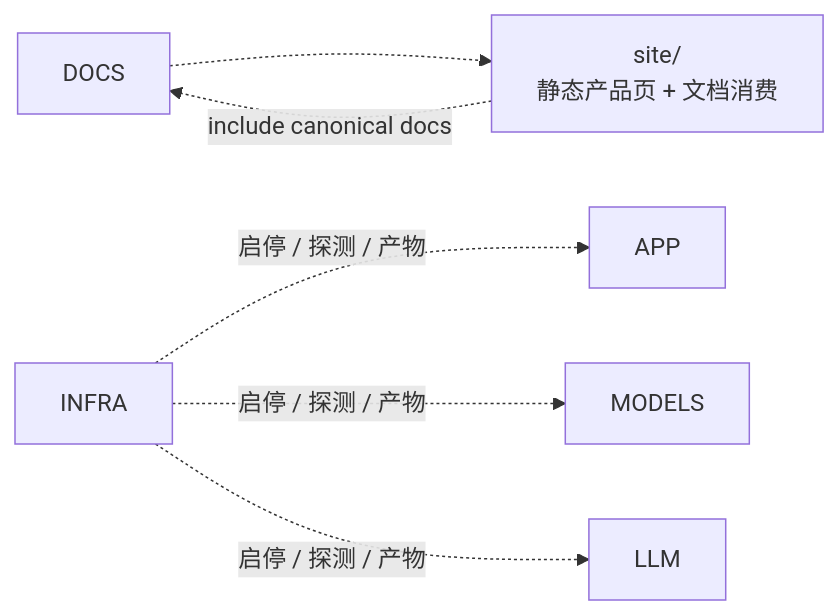
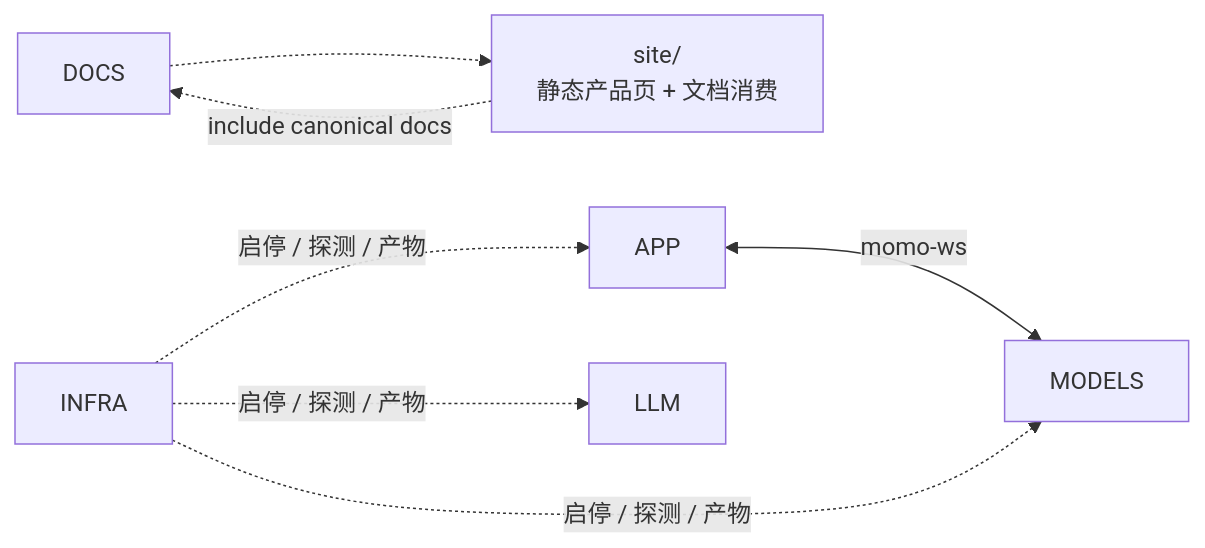
One commit to Momoyeyu/momo changed the diagram in docs/01-architecture/boundaries.md. Above: the diagram before and after it, drawn with Mermaid. The commit also changed 19 other files, not shown here.

````diff
--- a/docs/01-architecture/boundaries.md
+++ b/docs/01-architecture/boundaries.md
@@ -5,6 +5,7 @@
 ```mermaid
 flowchart LR
     DOCS -.-> SITE["site/<br/>静态产品页 + 文档消费"]
+    APP <-->|"momo-ws"| MODELS
     INFRA -.->|"启停 / 探测 / 产物"| APP & MODELS & LLM
     SITE -.->|"include canonical docs"| DOCS
 ```
````
